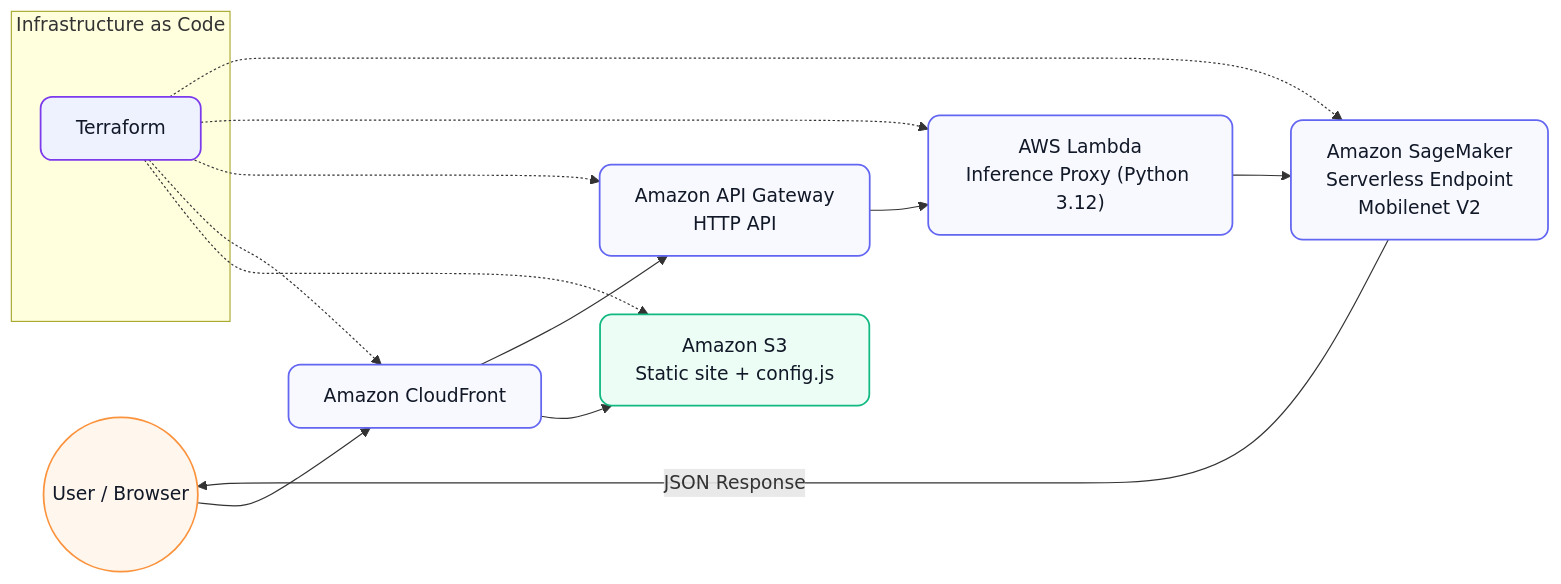
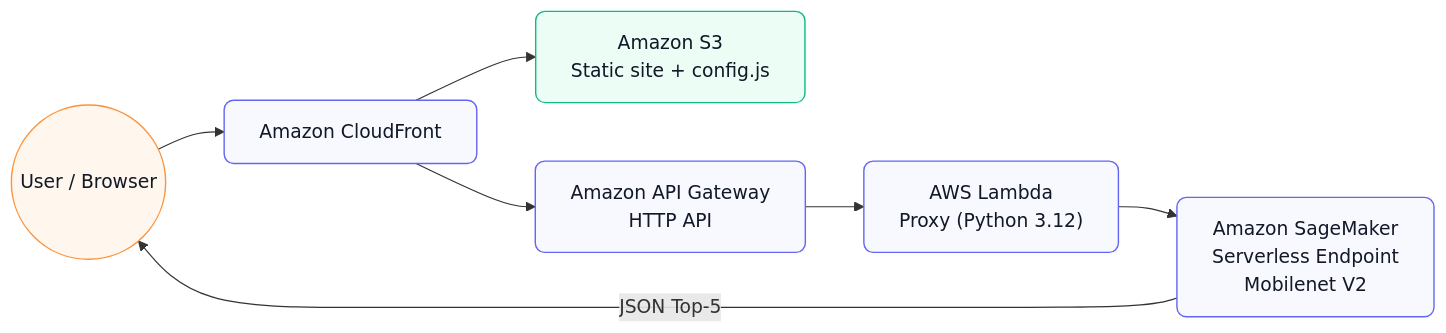
One commit to rusets/ml-sagemaker-serverless changed the diagram in README.md. Above: the diagram before and after it, drawn with Mermaid. The commit also changed other lines of this file and 1 other file, not shown here.

````diff
--- a/README.md
+++ b/README.md
@@ -29,28 +25,14 @@
 ```mermaid
 flowchart LR
-  %% Node styles
-  classDef svc fill:#f8f9ff,stroke:#6366f1,stroke-width:1.5,rx:10,ry:10,color:#111827
-  classDef ext fill:#fff7ed,stroke:#fb923c,stroke-width:1.5,rx:10,ry:10,color:#111827
-  classDef iac fill:#eef2ff,stroke:#7c3aed,stroke-width:1.5,rx:10,ry:10,color:#111827
-  classDef data fill:#ecfdf5,stroke:#10b981,stroke-width:1.5,rx:10,ry:10,color:#111827
+  classDef svc fill:#f8f9ff,stroke:#6366f1,stroke-width:1.2,rx:8,ry:8,color:#111827
+  classDef ext fill:#fff7ed,stroke:#fb923c,stroke-width:1.2,rx:8,ry:8,color:#111827
+  classDef data fill:#ecfdf5,stroke:#10b981,stroke-width:1.2,rx:8,ry:8,color:#111827
 
-  %% Frontend
   user((User / Browser)):::ext --> cf["Amazon CloudFront"]:::svc
   cf --> s3["Amazon S3<br/>Static site + config.js"]:::data
 
-  %% API Layer
   cf --> apigw["Amazon API Gateway<br/>HTTP API"]:::svc
-  apigw --> lam["AWS Lambda<br/>Inference Proxy (Python 3.12)"]:::svc
+  apigw --> lam["AWS Lambda<br/>Proxy (Python 3.12)"]:::svc
   lam --> sm["Amazon SageMaker<br/>Serverless Endpoint<br/>Mobilenet V2"]:::svc
-  sm -->|JSON Response| user
-
-  %% IaC
-  subgraph IaC [Infrastructure as Code]
-    tf["Terraform"]:::iac
-  end
-  tf -.-> s3
-  tf -.-> cf
-  tf -.-> apigw
-  tf -.-> lam
-  tf -.-> sm
+  sm -->|JSON Top‑5| user
 ```
````
